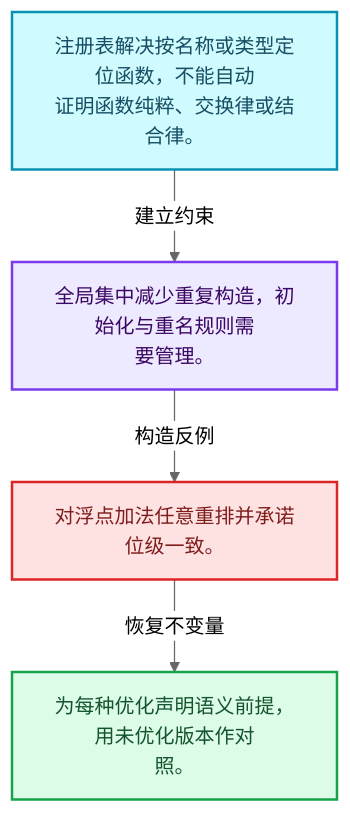
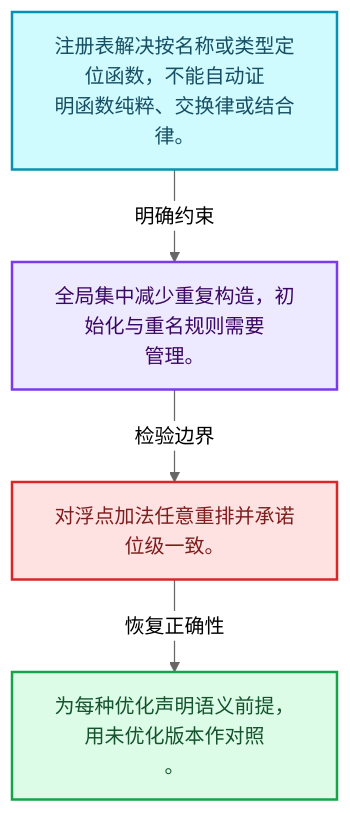
The first of 4 diagrams in 杂/markdown/全面学习-codex/07-MultiFunction与批量执行/10-优化注册与实战.md (yunkezengren/blender-.vscode), drawn with Mermaid (neutral theme) before and after one commit. The commit also changed other lines of this file and 1930 other files, not shown here.

````diff
--- a/杂/markdown/全面学习-codex/07-MultiFunction与批量执行/10-优化注册与实战.md
+++ b/杂/markdown/全面学习-codex/07-MultiFunction与批量执行/10-优化注册与实战.md
@@ -29,16 +29,16 @@
 ```mermaid
 flowchart TB
-  M["注册表解决按名称或类型定位函数，不能自动<br/>证明函数纯粹、交换律或结合律。"]:::data
-  T["全局集中减少重复构造，初始化与重名规则需<br/>要管理。"]:::abstraction
-  X["对浮点加法任意重排并承诺位级一致。"]:::error
-  A["为每种优化声明语义前提，用未优化版本作对<br/>照。"]:::result
-  M -->|"建立约束"| T
-  T -->|"构造反例"| X
-  X -->|"恢复不变量"| A
+  M["注册表解决按名称或类型定位函数，不能自动证<br/>明函数纯粹、交换律或结合律。"]:::data
+  C["全局集中减少重复构造，初始化与重名规则需要<br/>管理。"]:::abstraction
+  B["对浮点加法任意重排并承诺位级一致。"]:::error
+  R["为每种优化声明语义前提，用未优化版本作对照<br/>。"]:::result
+  M -->|"明确约束"| C
+  C -->|"检验边界"| B
+  B -->|"恢复正确性"| R
   classDef input fill:#DBEAFE,stroke:#2563EB,color:#172554,stroke-width:2px;
   classDef data fill:#CFFAFE,stroke:#0891B2,color:#164E63,stroke-width:2px;
   classDef abstraction fill:#EDE9FE,stroke:#7C3AED,color:#3B0764,stroke-width:2px;
   classDef compute fill:#FEF3C7,stroke:#D97706,color:#78350F,stroke-width:2px;
   classDef result fill:#DCFCE7,stroke:#16A34A,color:#14532D,stroke-width:2px;
   classDef error fill:#FEE2E2,stroke:#DC2626,color:#7F1D1D,stroke-width:2px;
 ```
````
